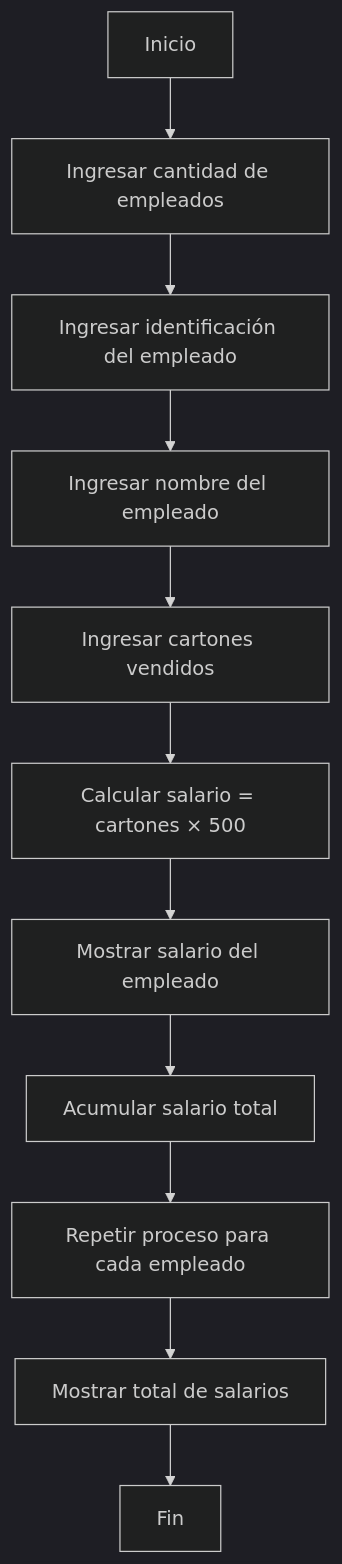
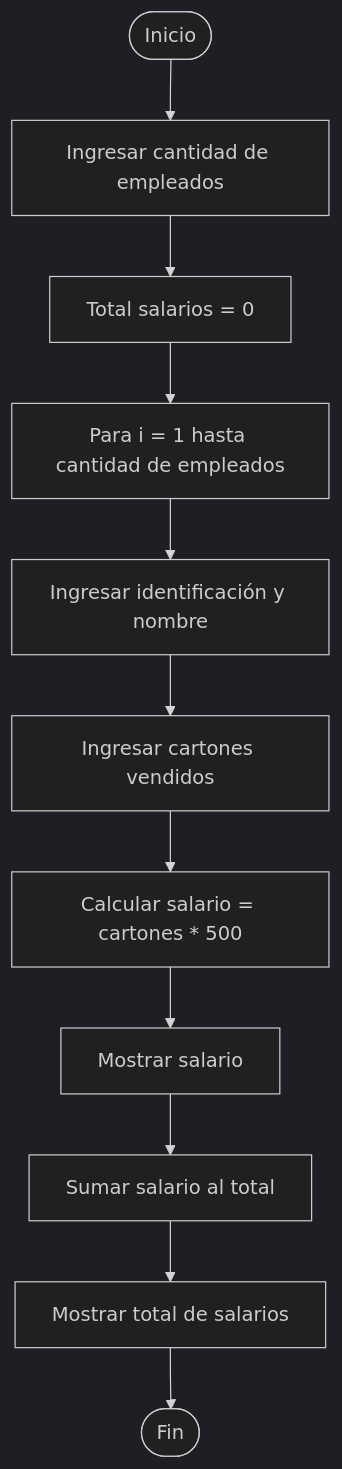
Before and after one commit to Saikopon/Hola-mundo: the diagram in README.md, drawn with Mermaid (dark theme).

````diff
--- a/README.md
+++ b/README.md
@@ -72,19 +72,15 @@
 ```mermaid
 flowchart TD
+A([Inicio]) --> B[Ingresar cantidad de empleados]
+B --> C[Total salarios = 0]
 
-A[Inicio]
-A --> B[Ingresar cantidad de empleados]
-
-B --> C[Ingresar identificación del empleado]
-C --> D[Ingresar nombre del empleado]
-D --> E[Ingresar cartones vendidos]
-
-E --> F[Calcular salario = cartones × 500]
-F --> G[Mostrar salario del empleado]
-
-G --> H[Acumular salario total]
-H --> I[Repetir proceso para cada empleado]
+C --> D[Para i = 1 hasta cantidad de empleados]
+D --> E[Ingresar identificación y nombre]
+E --> F[Ingresar cartones vendidos]
+F --> G[Calcular salario = cartones * 500]
+G --> H[Mostrar salario]
+H --> I[Sumar salario al total]
 
 I --> J[Mostrar total de salarios]
-J --> K[Fin]
+J --> K([Fin])
 ```
````
